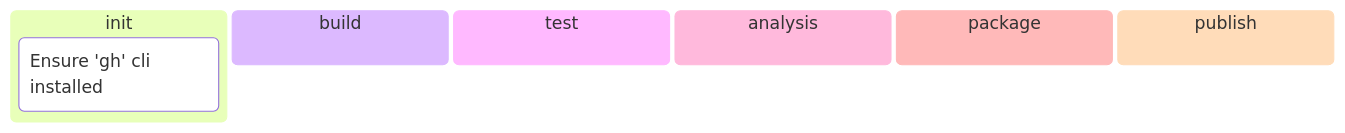
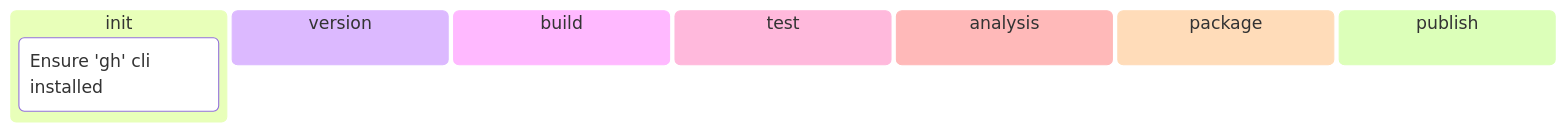
The first of 2 diagrams in README.md (zerofailed/ZeroFailed.DevOps.Common), drawn with Mermaid before and after one commit.

Commit message:
Added missing build stage

````diff
--- a/README.md
+++ b/README.md
@@ -28,10 +28,11 @@
 ```mermaid
 kanban
     init
         ensureghcli[Ensure 'gh' cli installed]
+    version
     build
     test
     analysis
     package
     publish
 ```
````
